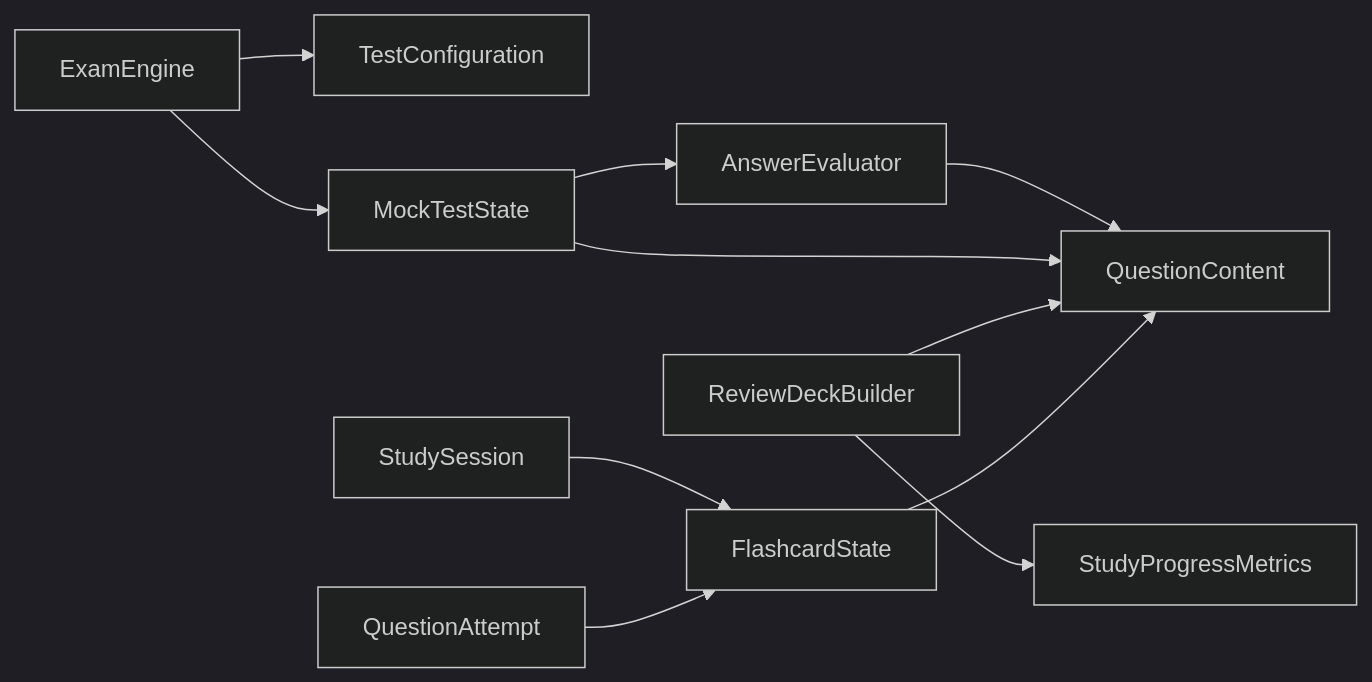
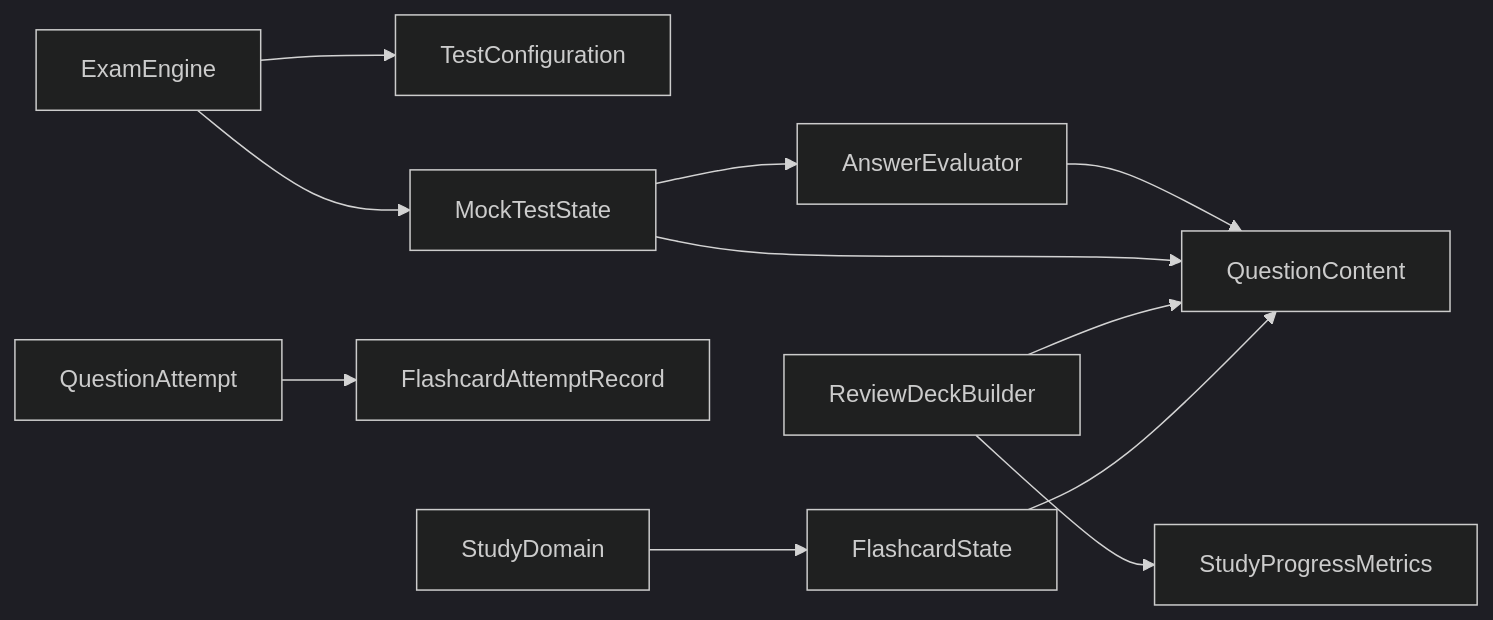
The fourth of 4 diagrams in docs/architecture/dependencies.md (AD-Paladins/SwiftyCitizen), drawn with Mermaid (dark theme) before and after one commit. The commit also changed other lines of this file and 7 other files, not shown here.

First line of the commit message:
refactor(study): move resumeState out of StudySession @Model into StudyDomain

````diff
--- a/docs/architecture/dependencies.md
+++ b/docs/architecture/dependencies.md
@@ -66,13 +66,13 @@
 ```mermaid
 flowchart LR
     FlashcardState --> QuestionContent
     ReviewDeckBuilder --> QuestionContent
     ReviewDeckBuilder --> StudyProgressMetrics
     ExamEngine --> TestConfiguration
     ExamEngine --> MockTestState
     MockTestState --> QuestionContent
     MockTestState --> AnswerEvaluator
     AnswerEvaluator --> QuestionContent
-    QuestionAttempt --> FlashcardState
-    StudySession --> FlashcardState
+    QuestionAttempt --> FlashcardAttemptRecord
+    StudyDomain --> FlashcardState
 ```
````
